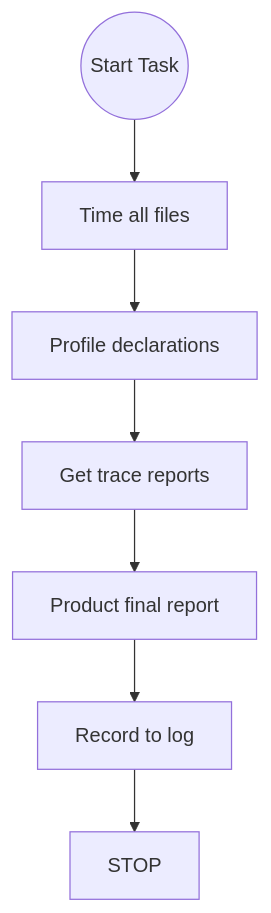
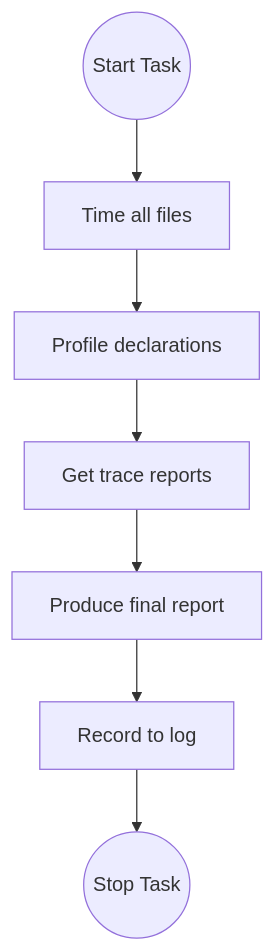
One commit to smmercuri/FLT changed the diagram in CLAUDE.md. Above: the diagram before and after it, drawn with Mermaid. The commit also changed 1 other file, not shown here.

````diff
--- a/CLAUDE.md
+++ b/CLAUDE.md
@@ -27,9 +27,9 @@
 ```mermaid
 graph TD
     START((Start Task)) --> TIME[Time all files]
     TIME --> PROFILE[Profile declarations]
     PROFILE --> TRACE[Get trace reports]
-    TRACE --> REPORT[Product final report]
+    TRACE --> REPORT[Produce final report]
     REPORT --> LOG[Record to log]
-    LOG --> STOP
+    LOG --> STOP((Stop Task))
 ```
````
